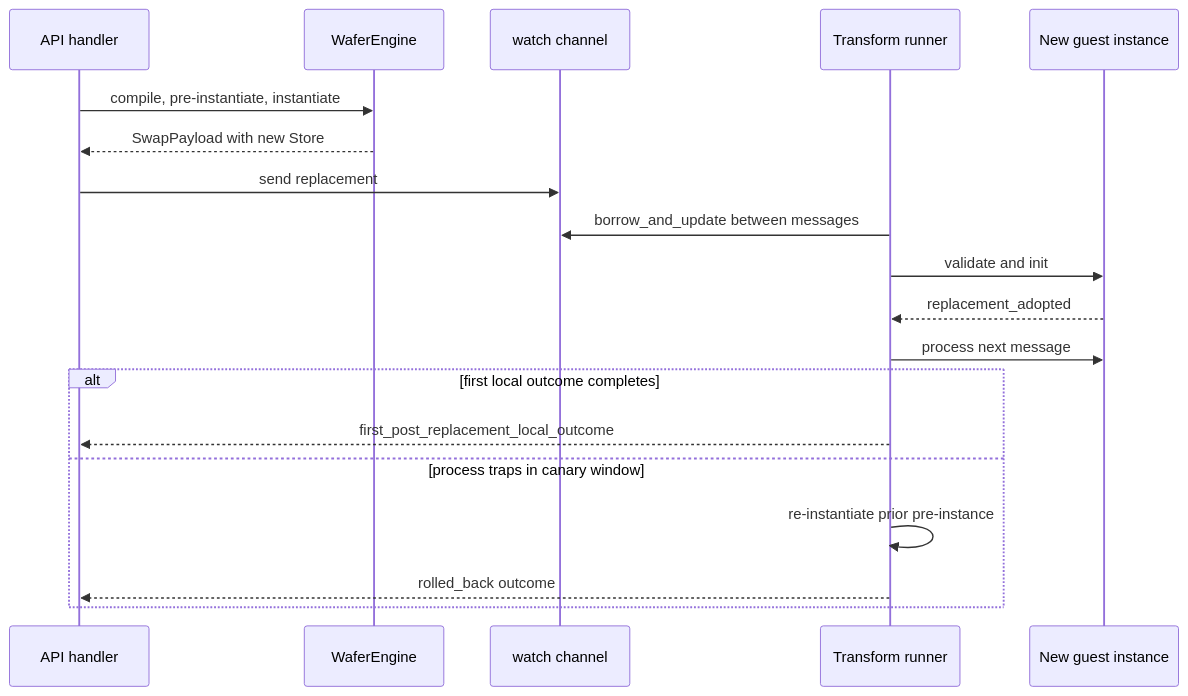
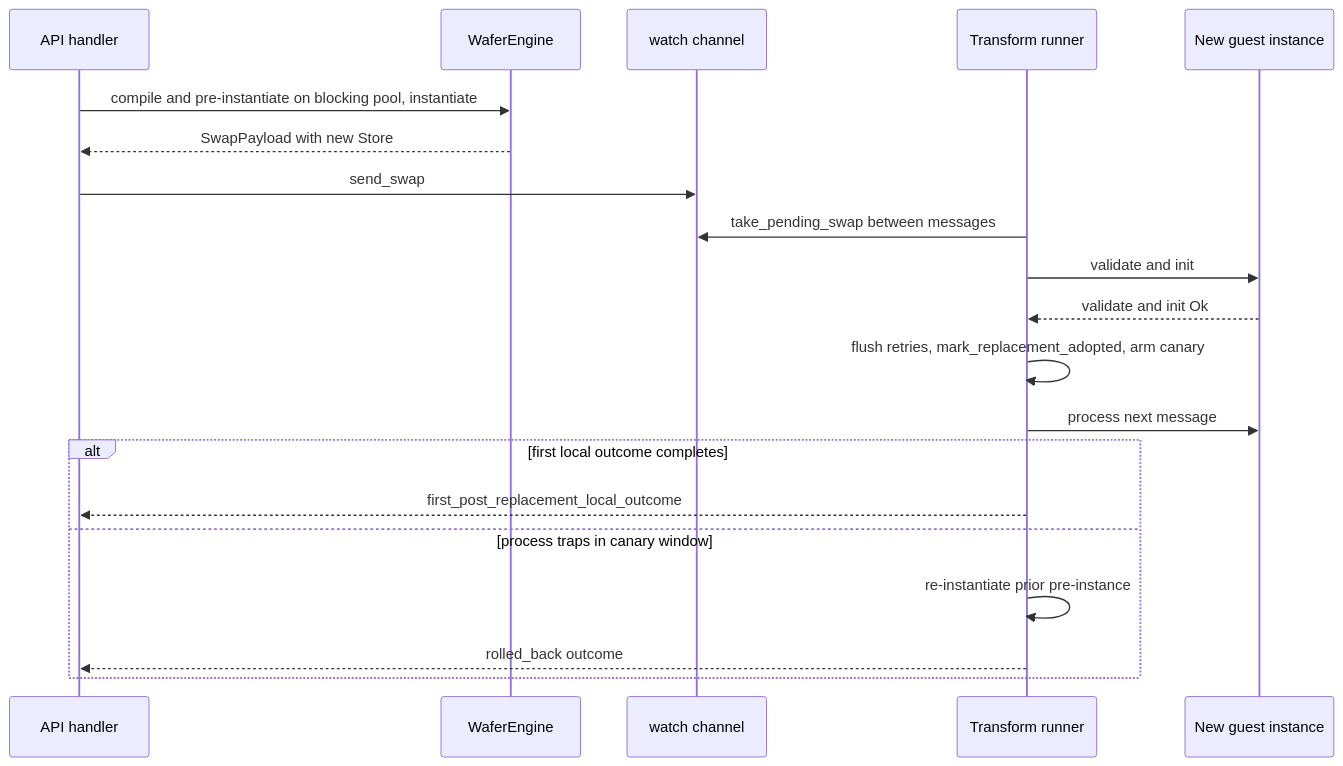
Before and after one commit to PedroKlein/wafer: the diagram in docs/learn/stateless-hot-swap.md, drawn with Mermaid. The commit also changed other lines of this file and 15 other files, not shown here.

````diff
--- a/docs/learn/stateless-hot-swap.md
+++ b/docs/learn/stateless-hot-swap.md
@@ -17,21 +17,22 @@
 ```mermaid
 sequenceDiagram
     participant API as API handler
     participant Engine as WaferEngine
     participant Watch as watch channel
     participant Runner as Transform runner
     participant Guest as New guest instance
-    API->>Engine: compile, pre-instantiate, instantiate
+    API->>Engine: compile and pre-instantiate on blocking pool, instantiate
     Engine-->>API: SwapPayload with new Store
-    API->>Watch: send replacement
-    Runner->>Watch: borrow_and_update between messages
+    API->>Watch: send_swap
+    Runner->>Watch: take_pending_swap between messages
     Runner->>Guest: validate and init
-    Guest-->>Runner: replacement_adopted
+    Guest-->>Runner: validate and init Ok
+    Runner->>Runner: flush retries, mark_replacement_adopted, arm canary
     Runner->>Guest: process next message
     alt first local outcome completes
         Runner-->>API: first_post_replacement_local_outcome
     else process traps in canary window
         Runner->>Runner: re-instantiate prior pre-instance
         Runner-->>API: rolled_back outcome
     end
 ```
````
